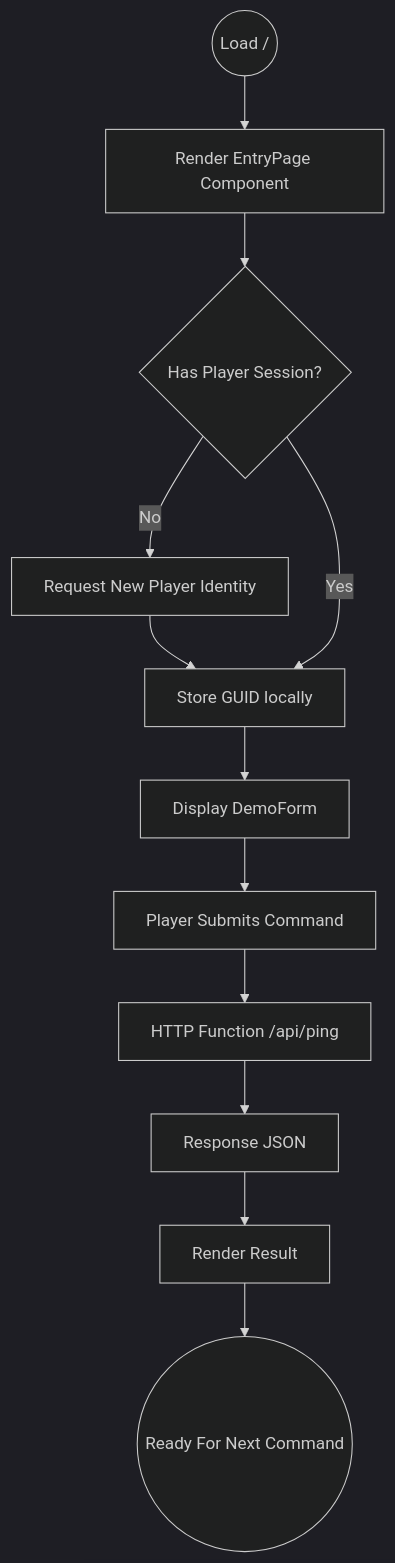
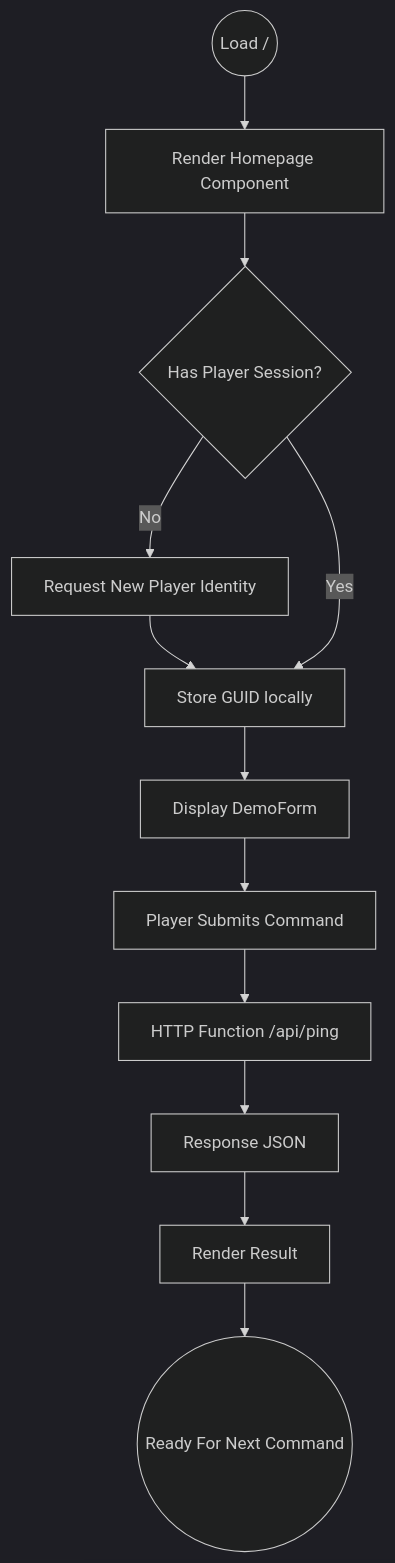
The first of 2 diagrams in docs/ux/user-flows/entry-onboarding-flow.md (piquet-h/the-shifting-atlas), drawn with Mermaid (dark theme) before and after one commit. The commit also changed other lines of this file and 8 other files, not shown here.

`````diff
--- a/docs/ux/user-flows/entry-onboarding-flow.md
+++ b/docs/ux/user-flows/entry-onboarding-flow.md
@@ -33,14 +66,14 @@
 ```mermaid
 flowchart TD
-  S((Load /)) --> L[Render EntryPage Component]
+  S((Load /)) --> L[Render Homepage Component]
   L --> C{Has Player Session?}
   C -- No --> N[Request New Player Identity]
   N --> R[Store GUID locally]
   C -- Yes --> R
   R --> F[Display DemoForm]
   F --> A[Player Submits Command]
   A --> H[HTTP Function /api/ping]
   H --> RESP[Response JSON]
   RESP --> UI[Render Result]
   UI --> E((Ready For Next Command))
-````
+```
`````
